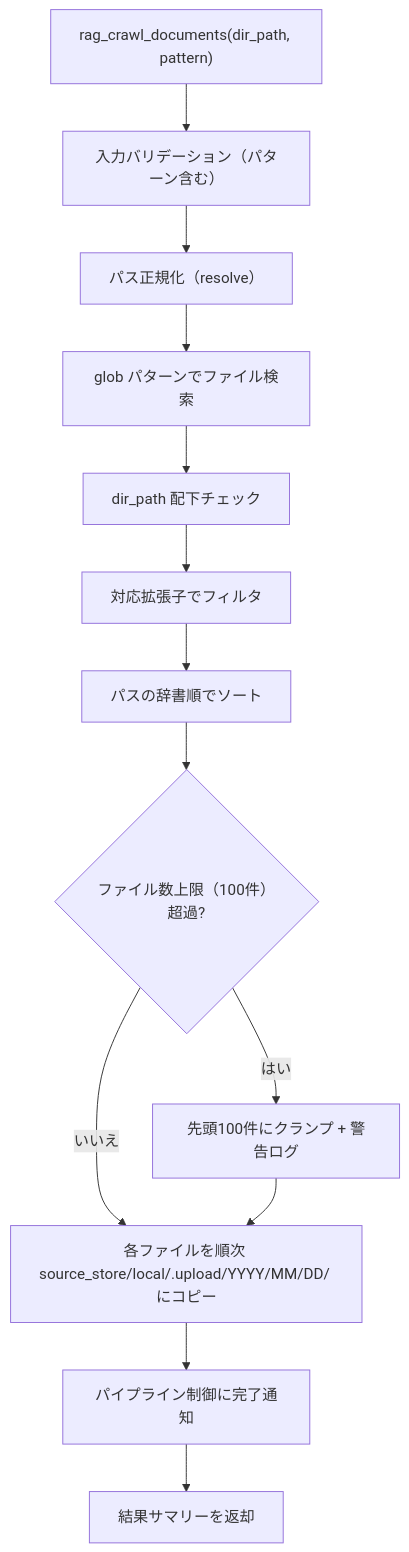
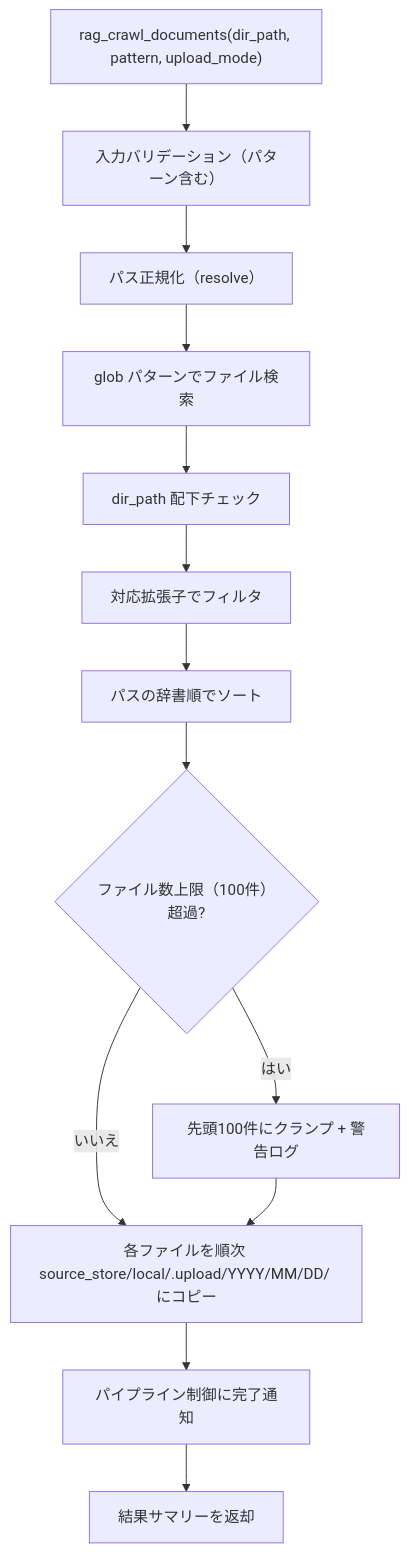
The third of 3 diagrams in docs/specs/ingesters/local.md (becky3/rag-knowledge), drawn with Mermaid before and after one commit. The commit also changed 24 other files, not shown here.

````diff
--- a/docs/specs/ingesters/local.md
+++ b/docs/specs/ingesters/local.md
@@ -229,28 +229,28 @@
 ```mermaid
 flowchart TD
-    START["rag_crawl_documents(dir_path, pattern)"]
+    START["rag_crawl_documents(dir_path, pattern, upload_mode)"]
     VALIDATE["入力バリデーション（パターン含む）"]
     RESOLVE["パス正規化（resolve）"]
     GLOB["glob パターンでファイル検索"]
     CONTAIN["dir_path 配下チェック"]
     FILTER["対応拡張子でフィルタ"]
     SORT["パスの辞書順でソート"]
     CHECK_LIMIT{"ファイル数上限（100件）超過?"}
     CLAMP["先頭100件にクランプ + 警告ログ"]
     LOOP["各ファイルを順次 source_store/local/.upload/YYYY/MM/DD/ にコピー"]
     NOTIFY["パイプライン制御に完了通知"]
     RESULT["結果サマリーを返却"]
 
     START --> VALIDATE
     VALIDATE --> RESOLVE
     RESOLVE --> GLOB
     GLOB --> CONTAIN
     CONTAIN --> FILTER
     FILTER --> SORT
     SORT --> CHECK_LIMIT
     CHECK_LIMIT -->|はい| CLAMP
     CHECK_LIMIT -->|いいえ| LOOP
     CLAMP --> LOOP
     LOOP --> NOTIFY
     NOTIFY --> RESULT
 ```
````
